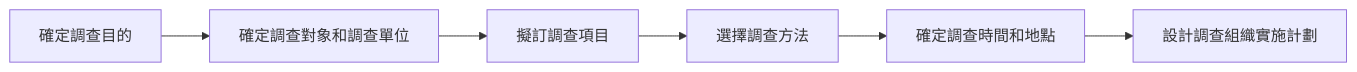
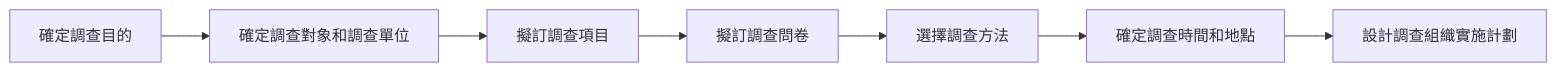
Before and after one commit to chchoiw/chchoiw.github.io: the first of 2 diagrams in _posts/2019-05-07-statistic_data_collection.md, drawn with Mermaid.

````diff
--- a/_posts/2019-05-07-statistic_data_collection.md
+++ b/_posts/2019-05-07-statistic_data_collection.md
@@ -47,15 +47,17 @@
 ```mermaid
 graph LR
 id0[確定調查目的]
 id1[確定調查對象和調查單位]
 id2[擬訂調查項目]
-id3[選擇調查方法]
-id4[確定調查時間和地點]
-id5[設計調查組織實施計劃]
+id3[擬訂調查問卷]
+id4[選擇調查方法]
+id5[確定調查時間和地點]
+id6[設計調查組織實施計劃]
 
 id0-->id1
 id1-->id2
 id2-->id3
 id3-->id4
 id4-->id5
+id5-->id6
 ```
````
